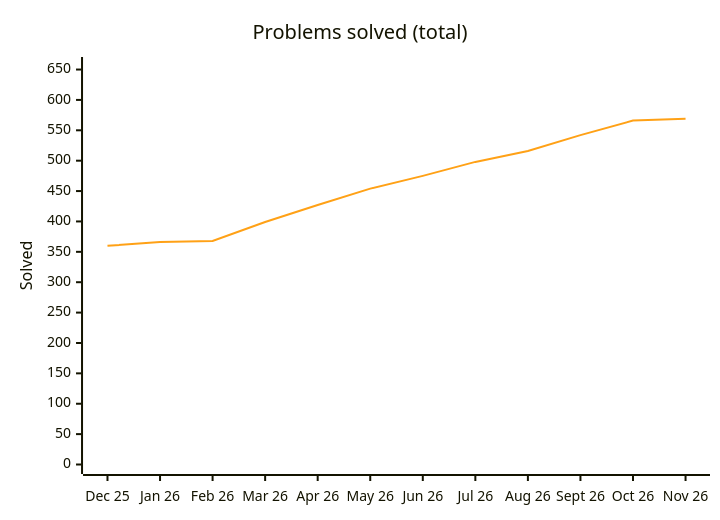
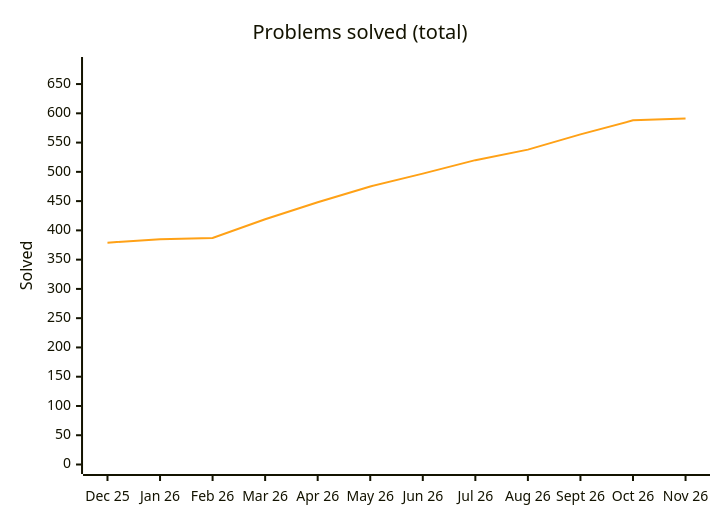
One commit to Ved-u/Java-DSA changed the diagram in README.md. Above: the diagram before and after it, drawn with Mermaid. The commit also changed other lines of this file and 24 other files, not shown here.

````diff
--- a/README.md
+++ b/README.md
@@ -53,8 +53,8 @@
 ```mermaid
 %%{init: {"themeVariables": {"xyChart": {"plotColorPalette": "#ffa116"}}}}%%
 xychart-beta
     title "Problems solved (total)"
     x-axis ["Dec 25", "Jan 26", "Feb 26", "Mar 26", "Apr 26", "May 26", "Jun 26", "Jul 26", "Aug 26", "Sept 26", "Oct 26", "Nov 26"]
-    y-axis "Solved" 0 --> 655
-    line [360, 366, 368, 399, 427, 454, 475, 498, 516, 542, 566, 569]
+    y-axis "Solved" 0 --> 680
+    line [379, 385, 387, 419, 448, 475, 497, 520, 538, 564, 588, 591]
 ```
````
